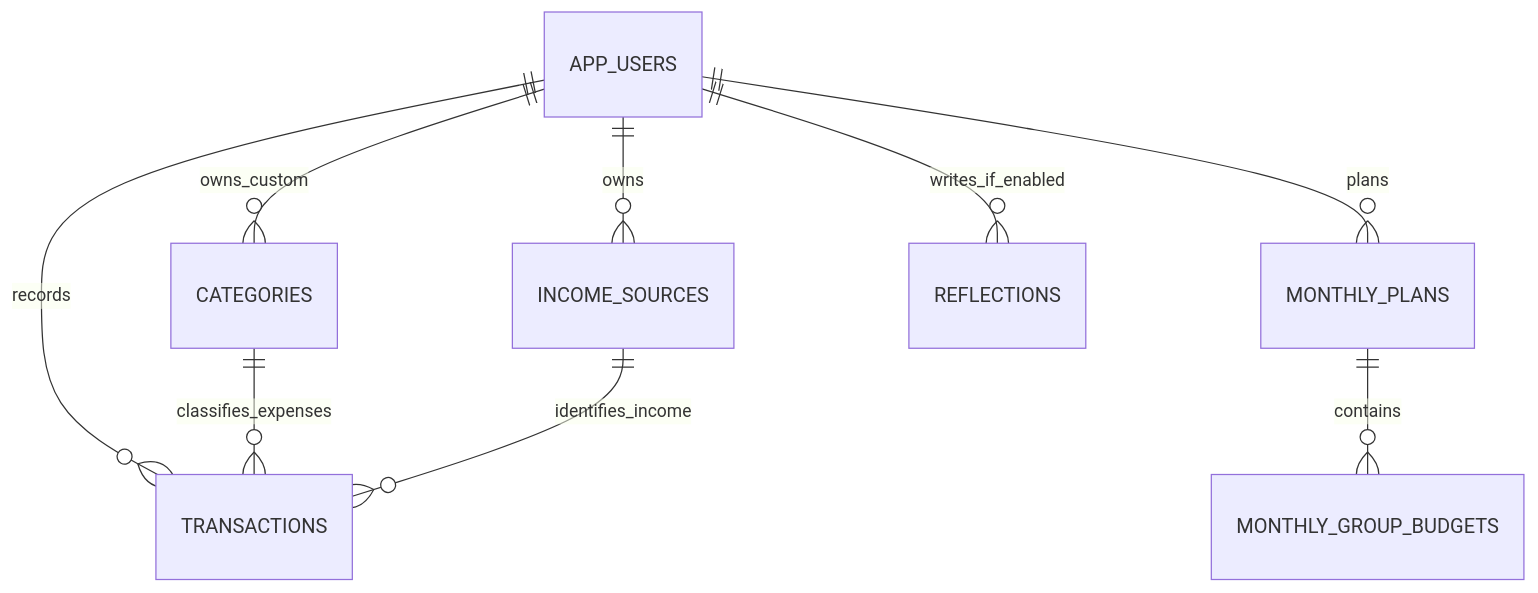
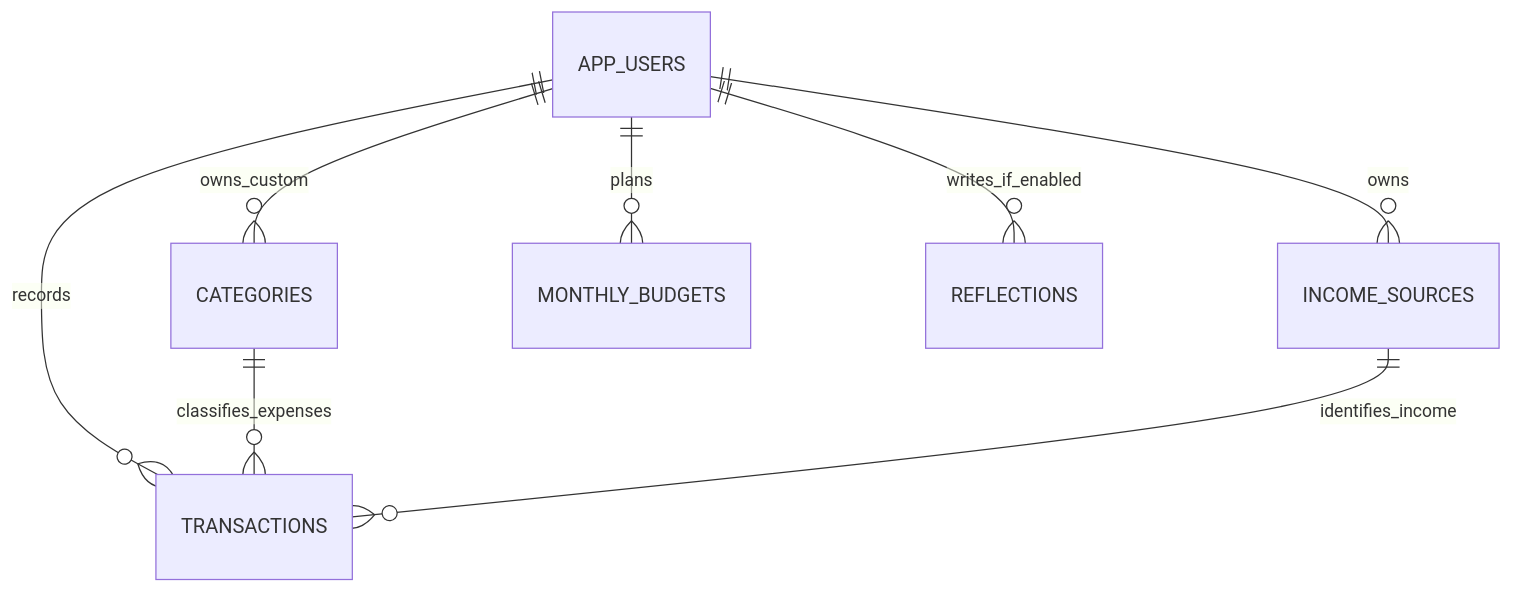
The diagram in docs/06-data/entity-relationships.md (BinojCharuka/divido-project), drawn with Mermaid before and after one commit. The commit also changed other lines of this file and 55 other files, not shown here.

````diff
--- a/docs/06-data/entity-relationships.md
+++ b/docs/06-data/entity-relationships.md
@@ -7,11 +7,10 @@
 ```mermaid
 erDiagram
     APP_USERS ||--o{ CATEGORIES : owns_custom
     APP_USERS ||--o{ INCOME_SOURCES : owns
     APP_USERS ||--o{ TRANSACTIONS : records
-    APP_USERS ||--o{ MONTHLY_PLANS : plans
-    MONTHLY_PLANS ||--o{ MONTHLY_GROUP_BUDGETS : contains
+    APP_USERS ||--o{ MONTHLY_BUDGETS : plans
     CATEGORIES ||--o{ TRANSACTIONS : classifies_expenses
     INCOME_SOURCES ||--o{ TRANSACTIONS : identifies_income
     APP_USERS ||--o{ REFLECTIONS : writes_if_enabled
 ```
````
